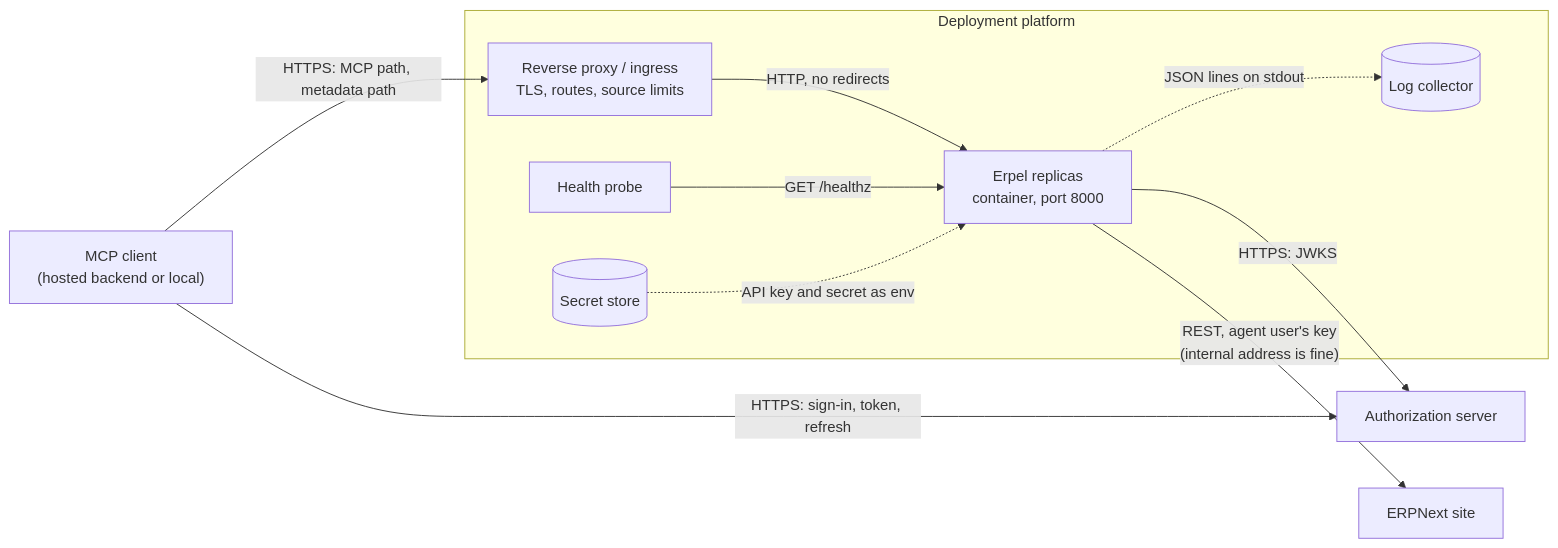
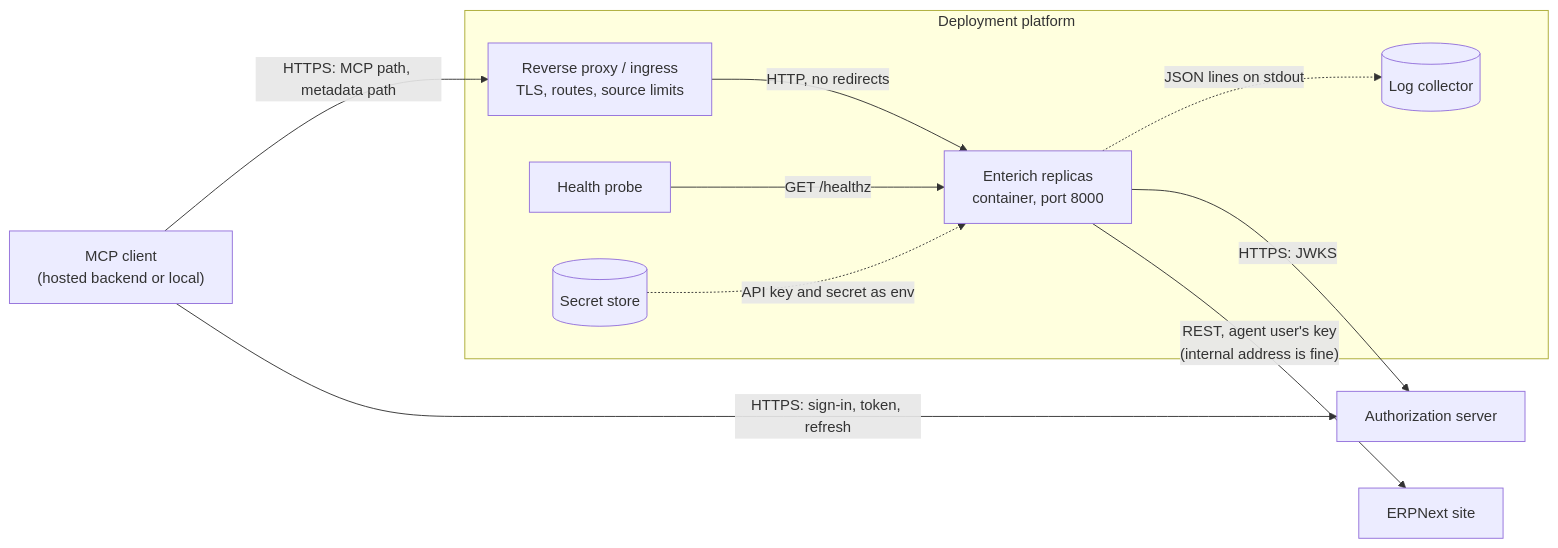
One commit to Interlusion/enterich changed the fifth of 5 diagrams in docs/arc42/README.md. Above: the diagram before and after it, drawn with Mermaid. The commit also changed other lines of this file and 80 other files, not shown here.

````diff
--- a/docs/arc42/README.md
+++ b/docs/arc42/README.md
@@ -175,22 +175,22 @@
 ```mermaid
 flowchart LR
     client["MCP client<br/>(hosted backend or local)"]
     subgraph platform["Deployment platform"]
         proxy["Reverse proxy / ingress<br/>TLS, routes, source limits"]
-        erpel["Erpel replicas<br/>container, port 8000"]
+        enterich["Enterich replicas<br/>container, port 8000"]
         secrets[("Secret store")]
         logs[("Log collector")]
         probe["Health probe"]
     end
     as["Authorization server"]
     erpnext["ERPNext site"]
 
     client -- "HTTPS: MCP path, metadata path" --> proxy
-    proxy -- "HTTP, no redirects" --> erpel
-    probe -- "GET /healthz" --> erpel
-    secrets -. "API key and secret as env" .-> erpel
-    erpel -. "JSON lines on stdout" .-> logs
-    erpel -- "HTTPS: JWKS" --> as
-    erpel -- "REST, agent user's key<br/>(internal address is fine)" --> erpnext
+    proxy -- "HTTP, no redirects" --> enterich
+    probe -- "GET /healthz" --> enterich
+    secrets -. "API key and secret as env" .-> enterich
+    enterich -. "JSON lines on stdout" .-> logs
+    enterich -- "HTTPS: JWKS" --> as
+    enterich -- "REST, agent user's key<br/>(internal address is fine)" --> erpnext
     client -- "HTTPS: sign-in, token, refresh" --> as
 ```
````
